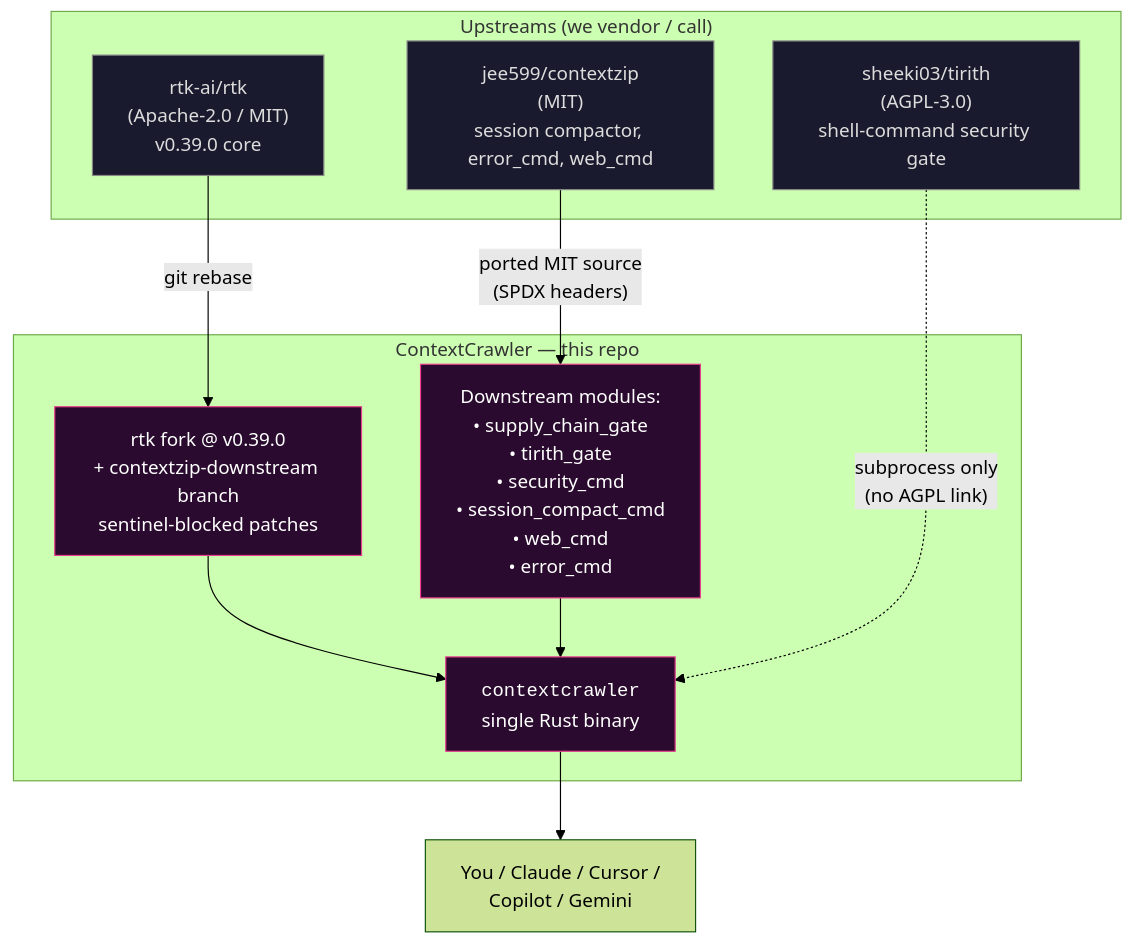
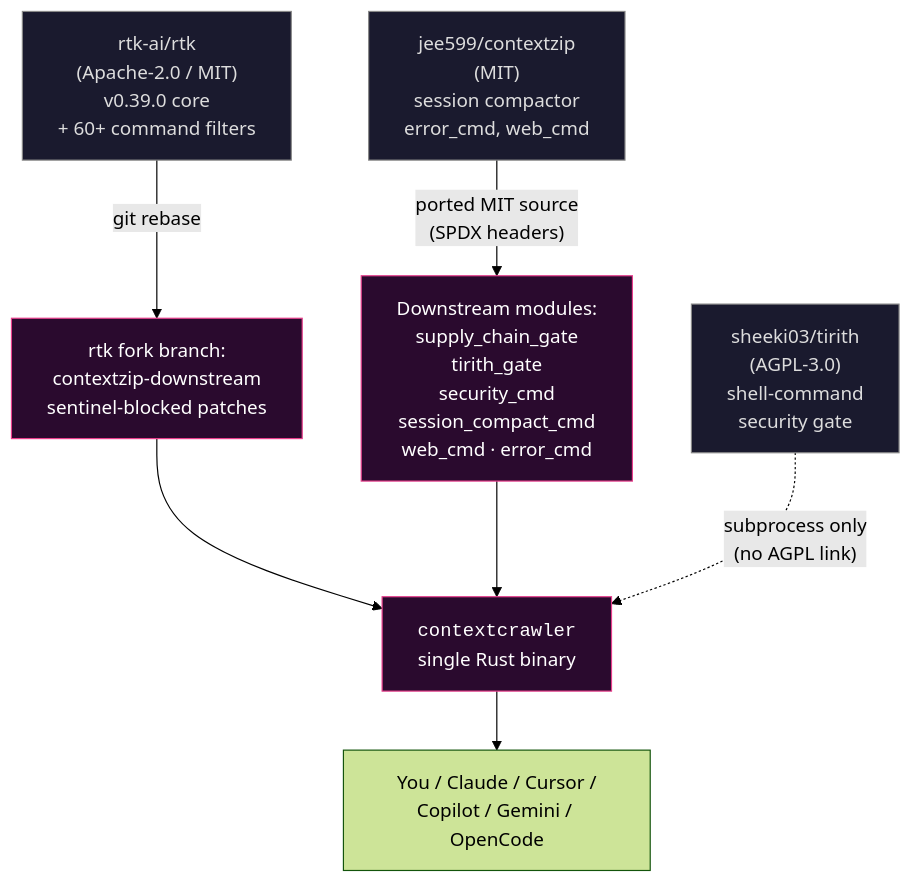
Before and after one commit to noogalabs/contextcrawler: the first of 3 diagrams in README.md, drawn with Mermaid (forest theme). The commit also changed other lines of this file, not shown here.

First line of the commit message:
docs(readme): add Goal + Features sections, collapse diagrams, TB orient

````diff
--- a/README.md
+++ b/README.md
@@ -27,28 +66,23 @@
 ```mermaid
 flowchart TB
-    subgraph Upstreams["Upstreams (we vendor / call)"]
-        RTK["rtk-ai/rtk<br/>(Apache-2.0 / MIT)<br/>v0.39.0 core"]
-        CZIP["jee599/contextzip<br/>(MIT)<br/>session compactor, error_cmd, web_cmd"]
-        TIRITH["sheeki03/tirith<br/>(AGPL-3.0)<br/>shell-command security gate"]
-    end
+    RTK["rtk-ai/rtk<br/>(Apache-2.0 / MIT)<br/>v0.39.0 core<br/>+ 60+ command filters"]
+    CZIP["jee599/contextzip<br/>(MIT)<br/>session compactor<br/>error_cmd, web_cmd"]
+    TIRITH["sheeki03/tirith<br/>(AGPL-3.0)<br/>shell-command<br/>security gate"]
 
-    subgraph CC["ContextCrawler — this repo"]
-        FORK["rtk fork @ v0.39.0<br/>+ contextzip-downstream branch<br/>sentinel-blocked patches"]
-        PATCHES["Downstream modules:<br/>• supply_chain_gate<br/>• tirith_gate<br/>• security_cmd<br/>• session_compact_cmd<br/>• web_cmd<br/>• error_cmd"]
-        BIN["<code>contextcrawler</code><br/>single Rust binary"]
-    end
-
-    USERS["You / Claude / Cursor /<br/>Copilot / Gemini"]
+    FORK["rtk fork branch:<br/>contextzip-downstream<br/>sentinel-blocked patches"]
+    PATCHES["Downstream modules:<br/>supply_chain_gate<br/>tirith_gate<br/>security_cmd<br/>session_compact_cmd<br/>web_cmd · error_cmd"]
+    BIN["<code>contextcrawler</code><br/>single Rust binary"]
+    USERS["You / Claude / Cursor /<br/>Copilot / Gemini / OpenCode"]
 
     RTK -- "git rebase" --> FORK
     CZIP -- "ported MIT source<br/>(SPDX headers)" --> PATCHES
     FORK --> BIN
     PATCHES --> BIN
     TIRITH -. "subprocess only<br/>(no AGPL link)" .-> BIN
     BIN --> USERS
 
     classDef upstream fill:#1a1a2e,stroke:#888,color:#ddd
     classDef ours fill:#2a0a2e,stroke:#e83e8c,color:#fff
     class RTK,CZIP,TIRITH upstream
     class FORK,PATCHES,BIN ours
 ```
````
